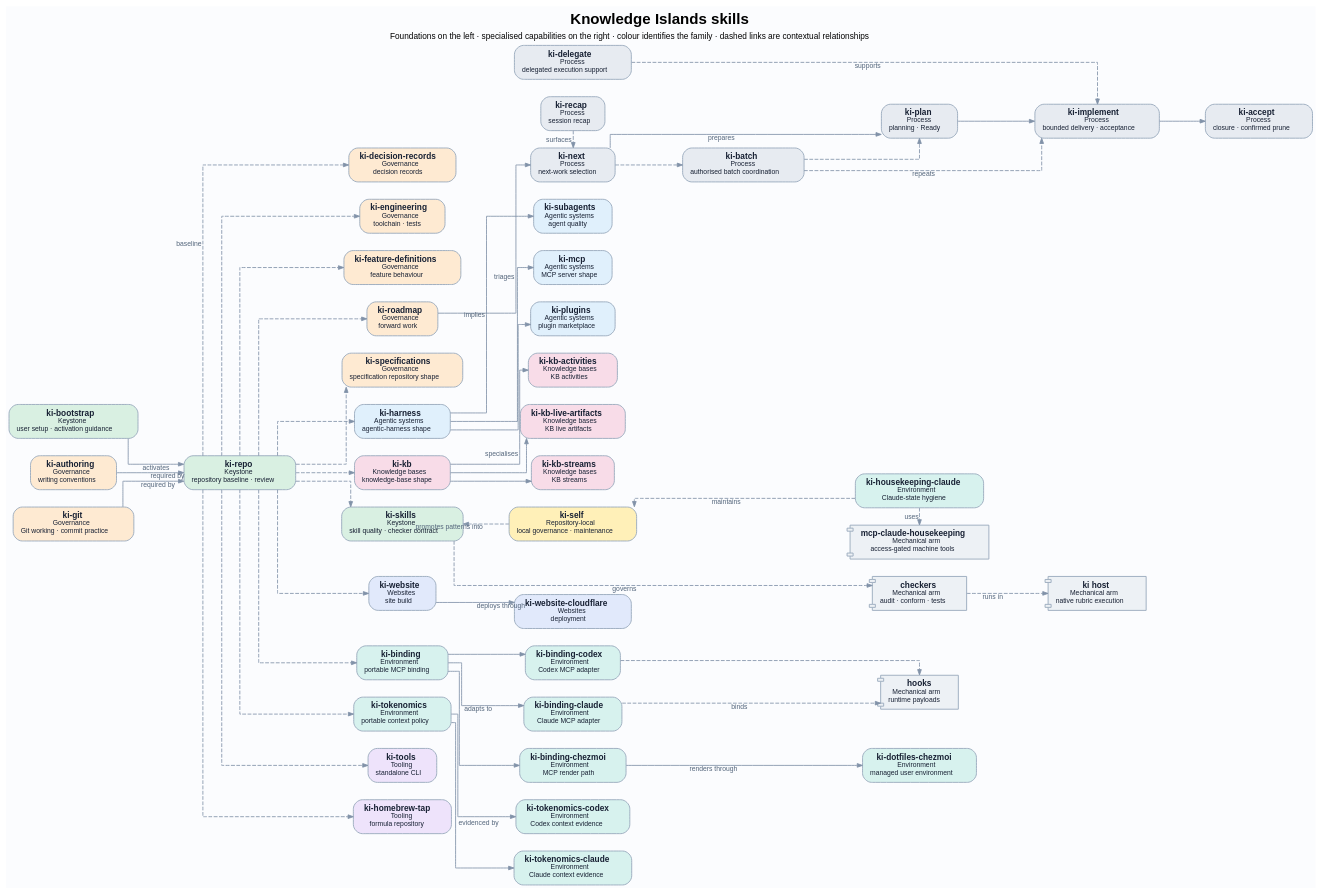
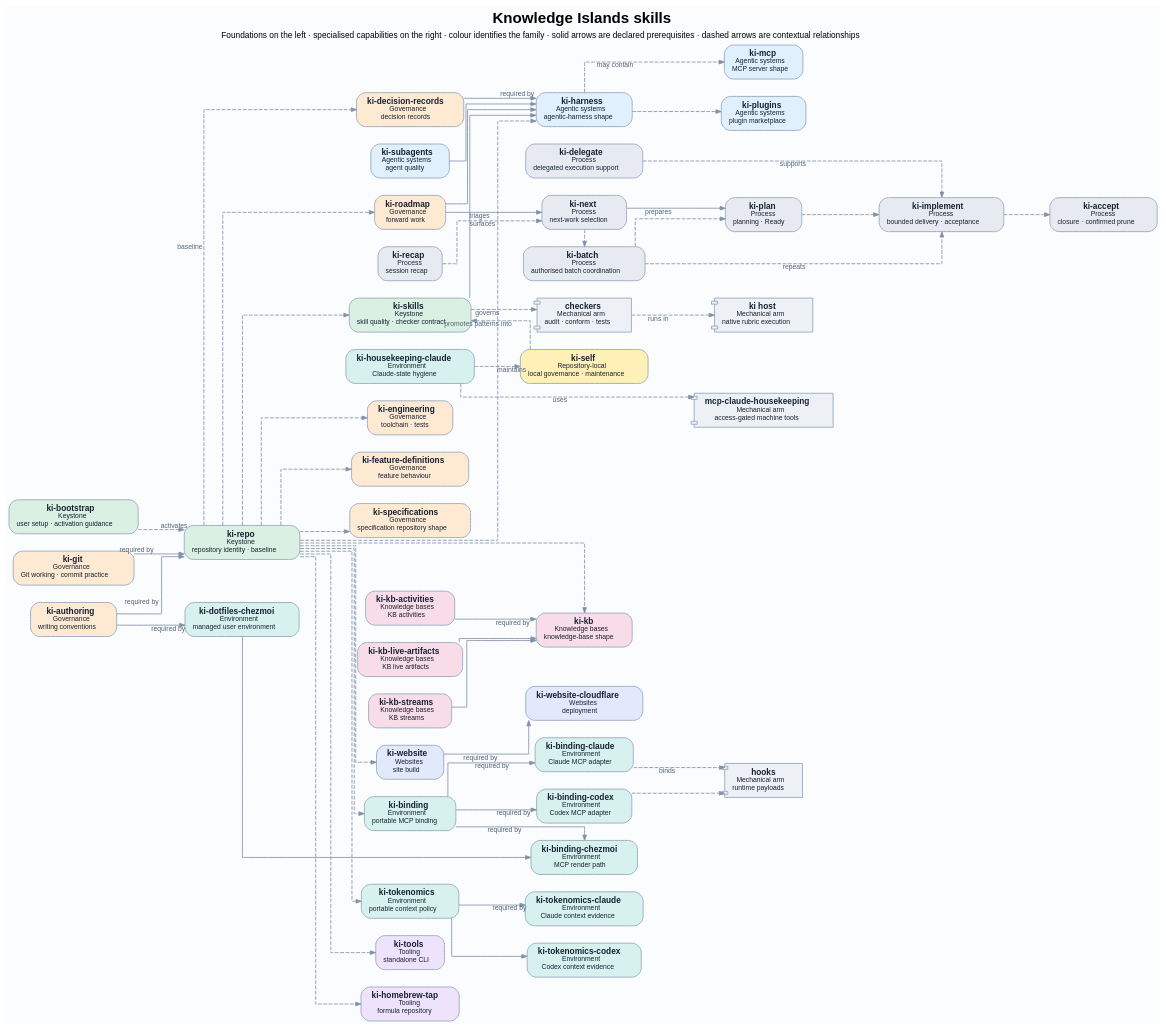
One commit to knowledgeislands/arcadia-skills changed the diagram in docs/diagrams/skills-map.dot. Above: the diagram before and after it, drawn with Graphviz. The commit also changed 1 other file, not shown here.

Commit message:
docs(skills): refresh capability graph

```diff
--- a/docs/diagrams/skills-map.dot
+++ b/docs/diagrams/skills-map.dot
@@ -1,159 +1,166 @@
 // Canonical source for the harness skills map. DOT is authoritative; regenerate
 // skills-map.svg with: dot -Tsvg skills-map.dot -o skills-map.svg
 //
 // Flow is deliberately general-to-specialised, left-to-right. Colour and the
 // second line of each node identify the skill family; clusters would add a
 // competing spatial hierarchy and obscure the dependency flow.
 digraph skills_map {
   graph [
     bgcolor="#fbfcfe"
     fontname="Helvetica"
     fontsize=20
     label=<
       <b>Knowledge Islands skills</b><br/>
-      <font point-size="11">Foundations on the left · specialised capabilities on the right · colour identifies the family · dashed links are contextual relationships</font>
+      <font point-size="11">Foundations on the left · specialised capabilities on the right · colour identifies the family · solid arrows are declared prerequisites · dashed arrows are contextual relationships</font>
     >
     labelloc=t
     margin=0.25
     nodesep=0.32
     rankdir=LR
     ranksep=0.85
     splines=ortho
   ]
 
   node [
     color="#9aaabd"
     fontcolor="#172033"
     fontname="Helvetica"
     fontsize=11
     margin="0.14,0.1"
     penwidth=1.2
     shape=box
     style="rounded,filled"
   ]
 
   edge [
     arrowsize=0.7
     color="#8192a8"
     fontcolor="#52647a"
     fontname="Helvetica"
     fontsize=9
     penwidth=1.1
   ]
 
   // Foundation and repository roots.
   bootstrap [fillcolor="#d9f0e2", label=< <b>ki-bootstrap</b><br/><font point-size="9">Keystone</font><br/><font point-size="9">user setup · activation guidance</font> >]
-  repo [fillcolor="#d9f0e2", label=< <b>ki-repo</b><br/><font point-size="9">Keystone</font><br/><font point-size="9">repository baseline · review</font> >]
+  repo [fillcolor="#d9f0e2", label=< <b>ki-repo</b><br/><font point-size="9">Keystone</font><br/><font point-size="9">repository identity · baseline</font> >]
 
   // General standards and shared shapes.
   authoring [fillcolor="#feead2", label=< <b>ki-authoring</b><br/><font point-size="9">Governance</font><br/><font point-size="9">writing conventions</font> >]
   decisions [fillcolor="#feead2", label=< <b>ki-decision-records</b><br/><font point-size="9">Governance</font><br/><font point-size="9">decision records</font> >]
   engineering [fillcolor="#feead2", label=< <b>ki-engineering</b><br/><font point-size="9">Governance</font><br/><font point-size="9">toolchain · tests</font> >]
   features [fillcolor="#feead2", label=< <b>ki-feature-definitions</b><br/><font point-size="9">Governance</font><br/><font point-size="9">feature behaviour</font> >]
   git [fillcolor="#feead2", label=< <b>ki-git</b><br/><font point-size="9">Governance</font><br/><font point-size="9">Git working · commit practice</font> >]
   roadmap [fillcolor="#feead2", label=< <b>ki-roadmap</b><br/><font point-size="9">Governance</font><br/><font point-size="9">forward work</font> >]
   specifications [fillcolor="#feead2", label=< <b>ki-specifications</b><br/><font point-size="9">Governance</font><br/><font point-size="9">specification repository shape</font> >]
   skills [fillcolor="#d9f0e2", label=< <b>ki-skills</b><br/><font point-size="9">Keystone</font><br/><font point-size="9">skill quality · checker contract</font> >]
   harness [fillcolor="#e0f0fc", label=< <b>ki-harness</b><br/><font point-size="9">Agentic systems</font><br/><font point-size="9">agentic-harness shape</font> >]
   kb [fillcolor="#f8dce8", label=< <b>ki-kb</b><br/><font point-size="9">Knowledge bases</font><br/><font point-size="9">knowledge-base shape</font> >]
   website [fillcolor="#e1e9fb", label=< <b>ki-website</b><br/><font point-size="9">Websites</font><br/><font point-size="9">site build</font> >]
   binding [fillcolor="#d7f2ee", label=< <b>ki-binding</b><br/><font point-size="9">Environment</font><br/><font point-size="9">portable MCP binding</font> >]
   tokenomics [fillcolor="#d7f2ee", label=< <b>ki-tokenomics</b><br/><font point-size="9">Environment</font><br/><font point-size="9">portable context policy</font> >]
   tools [fillcolor="#eee3fb", label=< <b>ki-tools</b><br/><font point-size="9">Tooling</font><br/><font point-size="9">standalone CLI</font> >]
   tap [fillcolor="#eee3fb", label=< <b>ki-homebrew-tap</b><br/><font point-size="9">Tooling</font><br/><font point-size="9">formula repository</font> >]
 
   // Specialisations, process capabilities, and runtime-facing skills.
   agents [fillcolor="#e0f0fc", label=< <b>ki-subagents</b><br/><font point-size="9">Agentic systems</font><br/><font point-size="9">agent quality</font> >]
   mcp [fillcolor="#e0f0fc", label=< <b>ki-mcp</b><br/><font point-size="9">Agentic systems</font><br/><font point-size="9">MCP server shape</font> >]
   plugins [fillcolor="#e0f0fc", label=< <b>ki-plugins</b><br/><font point-size="9">Agentic systems</font><br/><font point-size="9">plugin marketplace</font> >]
   kb_activities [fillcolor="#f8dce8", label=< <b>ki-kb-activities</b><br/><font point-size="9">Knowledge bases</font><br/><font point-size="9">KB activities</font> >]
   kb_artifacts [fillcolor="#f8dce8", label=< <b>ki-kb-live-artifacts</b><br/><font point-size="9">Knowledge bases</font><br/><font point-size="9">KB live artifacts</font> >]
   kb_streams [fillcolor="#f8dce8", label=< <b>ki-kb-streams</b><br/><font point-size="9">Knowledge bases</font><br/><font point-size="9">KB streams</font> >]
   cloudflare [fillcolor="#e1e9fb", label=< <b>ki-website-cloudflare</b><br/><font point-size="9">Websites</font><br/><font point-size="9">deployment</font> >]
   binding_claude [fillcolor="#d7f2ee", label=< <b>ki-binding-claude</b><br/><font point-size="9">Environment</font><br/><font point-size="9">Claude MCP adapter</font> >]
   binding_codex [fillcolor="#d7f2ee", label=< <b>ki-binding-codex</b><br/><font point-size="9">Environment</font><br/><font point-size="9">Codex MCP adapter</font> >]
   binding_chezmoi [fillcolor="#d7f2ee", label=< <b>ki-binding-chezmoi</b><br/><font point-size="9">Environment</font><br/><font point-size="9">MCP render path</font> >]
   dotfiles [fillcolor="#d7f2ee", label=< <b>ki-dotfiles-chezmoi</b><br/><font point-size="9">Environment</font><br/><font point-size="9">managed user environment</font> >]
   housekeeping_claude [fillcolor="#d7f2ee", label=< <b>ki-housekeeping-claude</b><br/><font point-size="9">Environment</font><br/><font point-size="9">Claude-state hygiene</font> >]
   tokenomics_claude [fillcolor="#d7f2ee", label=< <b>ki-tokenomics-claude</b><br/><font point-size="9">Environment</font><br/><font point-size="9">Claude context evidence</font> >]
   tokenomics_codex [fillcolor="#d7f2ee", label=< <b>ki-tokenomics-codex</b><br/><font point-size="9">Environment</font><br/><font point-size="9">Codex context evidence</font> >]
   accept [fillcolor="#e7ebf1", label=< <b>ki-accept</b><br/><font point-size="9">Process</font><br/><font point-size="9">closure · confirmed prune</font> >]
   batch [fillcolor="#e7ebf1", label=< <b>ki-batch</b><br/><font point-size="9">Process</font><br/><font point-size="9">authorised batch coordination</font> >]
   delegate [fillcolor="#e7ebf1", label=< <b>ki-delegate</b><br/><font point-size="9">Process</font><br/><font point-size="9">delegated execution support</font> >]
   implement [fillcolor="#e7ebf1", label=< <b>ki-implement</b><br/><font point-size="9">Process</font><br/><font point-size="9">bounded delivery · acceptance</font> >]
   next [fillcolor="#e7ebf1", label=< <b>ki-next</b><br/><font point-size="9">Process</font><br/><font point-size="9">next-work selection</font> >]
   plan [fillcolor="#e7ebf1", label=< <b>ki-plan</b><br/><font point-size="9">Process</font><br/><font point-size="9">planning · Ready</font> >]
   recap [fillcolor="#e7ebf1", label=< <b>ki-recap</b><br/><font point-size="9">Process</font><br/><font point-size="9">session recap</font> >]
   self [fillcolor="#fff0b8", label=< <b>ki-self</b><br/><font point-size="9">Repository-local</font><br/><font point-size="9">local governance · maintenance</font> >]
 
   // The runtime arms are deliberately visibly secondary: they are not skills.
   checkers [fillcolor="#edf1f5", label=< <b>checkers</b><br/><font point-size="9">Mechanical arm</font><br/><font point-size="9">audit · conform · tests</font> >, shape=component]
   native_host [fillcolor="#edf1f5", label=< <b>ki host</b><br/><font point-size="9">Mechanical arm</font><br/><font point-size="9">native rubric execution</font> >, shape=component]
   mcp_housekeeping [fillcolor="#edf1f5", label=< <b>mcp-claude-housekeeping</b><br/><font point-size="9">Mechanical arm</font><br/><font point-size="9">access-gated machine tools</font> >, shape=component]
   hooks [fillcolor="#edf1f5", label=< <b>hooks</b><br/><font point-size="9">Mechanical arm</font><br/><font point-size="9">runtime payloads</font> >, shape=component]
 
-  // Left-to-right layers are semantic, not family-based.
+  // Left-to-right layers follow declared prerequisite order where an edge has
+  // one. Contextual links may deliberately point across the flow.
   { rank=same; bootstrap; authoring; git }
-  { rank=same; repo }
-  { rank=same; decisions; engineering; features; roadmap; specifications; skills; harness; kb; website; binding; tokenomics; tools; tap }
-  { rank=same; agents; mcp; plugins; kb_activities; kb_artifacts; kb_streams; cloudflare; binding_claude; binding_codex; binding_chezmoi; tokenomics_claude; tokenomics_codex; delegate; next; recap; self }
-  { rank=same; dotfiles; housekeeping_claude; plan; checkers; mcp_housekeeping; hooks }
-  { rank=same; implement; native_host }
+  { rank=same; repo; dotfiles }
+  { rank=same; decisions; engineering; features; roadmap; specifications; skills; agents; kb_activities; kb_artifacts; kb_streams; website; binding; tokenomics; tools; tap; housekeeping_claude; recap }
+  { rank=same; harness; kb; cloudflare; binding_claude; binding_codex; binding_chezmoi; tokenomics_claude; tokenomics_codex; delegate; next; batch; self; checkers }
+  { rank=same; mcp; plugins; plan; native_host; mcp_housekeeping; hooks }
+  { rank=same; implement }
   { rank=same; accept }
 
-  // Formal ki-repo prerequisites. The remaining links below are conceptual
-  // baseline / specialisation relationships, not implicit ki-depends-on edges.
-  bootstrap -> repo [xlabel="activates"]
+  // Formal composition edges: a solid arrow points from the prerequisite to
+  // the skill that declares it in `ki-depends-on:`. Dashed links below express
+  // activation, coverage, workflow, or other contextual relationships.
   authoring -> repo [xlabel="required by"]
   git -> repo [xlabel="required by"]
+  authoring -> dotfiles [xlabel="required by"]
+  binding -> binding_claude [xlabel="required by"]
+  binding -> binding_codex [xlabel="required by"]
+  binding -> binding_chezmoi [xlabel="required by"]
+  dotfiles -> binding_chezmoi
+  tokenomics -> tokenomics_claude [xlabel="required by"]
+  tokenomics -> tokenomics_codex
+  website -> cloudflare [xlabel="required by"]
+  kb_activities -> kb [xlabel="required by"]
+  kb_artifacts -> kb
+  kb_streams -> kb
+  decisions -> harness [xlabel="required by"]
+  roadmap -> harness
+  skills -> harness
+  agents -> harness
+
+  bootstrap -> repo [xlabel="activates", style=dashed]
 
   // Repository baseline: these skills establish a repository's shared contract.
   repo -> decisions [xlabel="baseline", style=dashed]
   repo -> engineering [style=dashed]
   repo -> features [style=dashed]
   repo -> roadmap [style=dashed]
   repo -> specifications [style=dashed]
   repo -> skills [style=dashed]
   repo -> harness [style=dashed]
   repo -> kb [style=dashed]
   repo -> website [style=dashed]
   repo -> binding [style=dashed]
   repo -> tokenomics [style=dashed]
   repo -> tools [style=dashed]
   repo -> tap [style=dashed]
 
   // Shape and capability specialisation.
-  harness -> agents [xlabel="implies"]
-  harness -> mcp
-  harness -> plugins
-  kb -> kb_activities [xlabel="specialises"]
-  kb -> kb_artifacts
-  kb -> kb_streams
-  website -> cloudflare [xlabel="deploys through"]
-  binding -> binding_claude [xlabel="adapts to"]
-  binding -> binding_codex
-  binding -> binding_chezmoi
-  binding_chezmoi -> dotfiles [xlabel="renders through"]
-  tokenomics -> tokenomics_claude [xlabel="evidenced by"]
-  tokenomics -> tokenomics_codex
+  harness -> mcp [xlabel="may contain", style=dashed]
+  harness -> plugins [style=dashed]
 
   // Process and local-governance relationships.
   roadmap -> next [xlabel="triages"]
   next -> plan [xlabel="prepares"]
   recap -> next [xlabel="surfaces", style=dashed]
   next -> batch [style=dashed]
   batch -> plan [style=dashed]
-  plan -> implement
+  plan -> implement [style=dashed]
   batch -> implement [xlabel="repeats", style=dashed]
   delegate -> implement [xlabel="supports", style=dashed]
-  implement -> accept
+  implement -> accept [style=dashed]
   self -> skills [xlabel="promotes patterns into", style=dashed]
   housekeeping_claude -> self [xlabel="maintains", style=dashed]
 
   // Hosted runtime relationships.
   skills -> checkers [xlabel="governs", style=dashed]
   checkers -> native_host [xlabel="runs in", style=dashed]
   housekeeping_claude -> mcp_housekeeping [xlabel="uses", style=dashed]
   binding_claude -> hooks [xlabel="binds", style=dashed]
   binding_codex -> hooks [style=dashed]
 }
```
